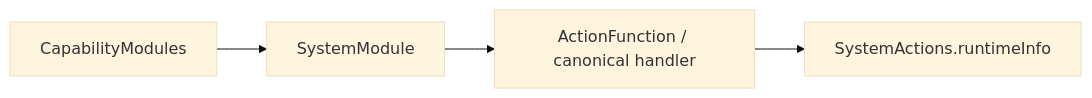
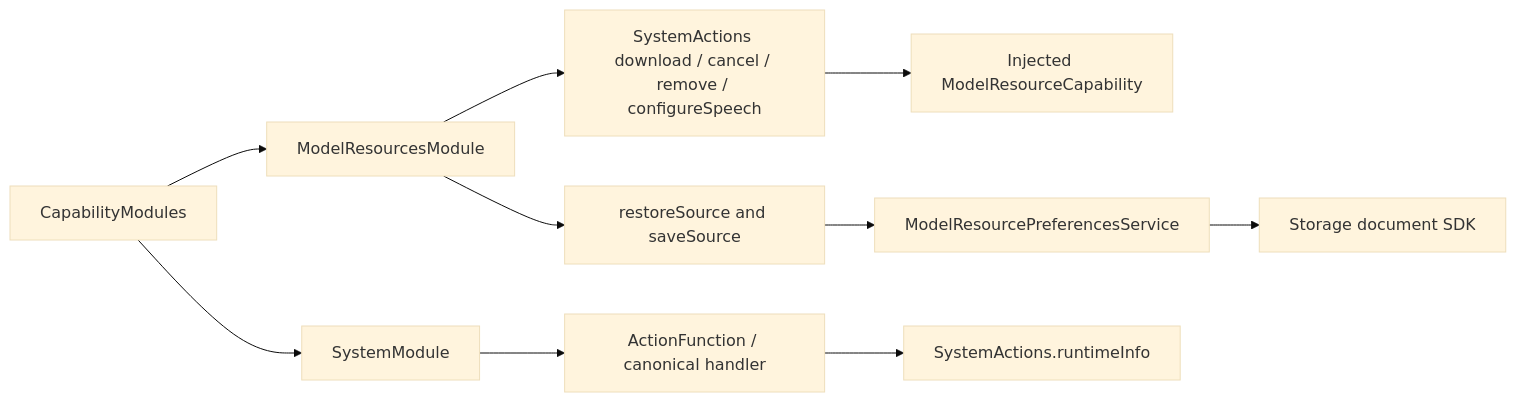
The first of 2 diagrams in MobileHarness/Actions/System/Support/README.md (devilyouwei/MobileHarness), drawn with Mermaid (base theme) before and after one commit. The commit also changed other lines of this file and 201 other files, not shown here.

````diff
--- a/MobileHarness/Actions/System/Support/README.md
+++ b/MobileHarness/Actions/System/Support/README.md
@@ -7,6 +7,12 @@
 ```mermaid
 flowchart LR
     Catalog[CapabilityModules] --> Module[SystemModule]
+    Catalog --> Resources[ModelResourcesModule]
+    Resources --> Commands[SystemActions download / cancel / remove / configureSpeech]
+    Commands --> Capability[Injected ModelResourceCapability]
+    Resources --> Source[restoreSource and saveSource]
+    Source --> Preferences[ModelResourcePreferencesService]
+    Preferences --> Store[Storage document SDK]
     Module --> Function[ActionFunction / canonical handler]
     Function --> Entry[SystemActions.runtimeInfo]
 ```
````
